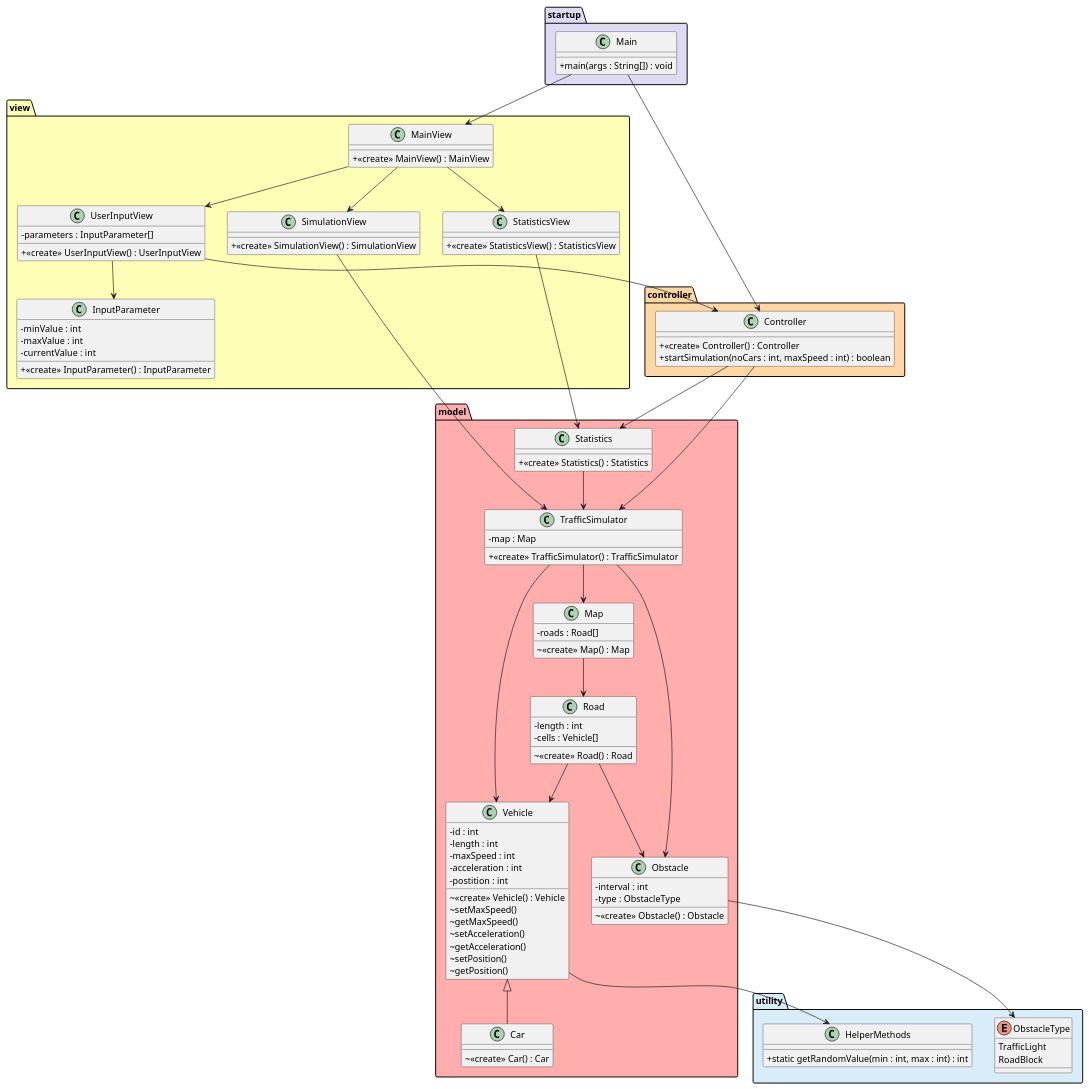
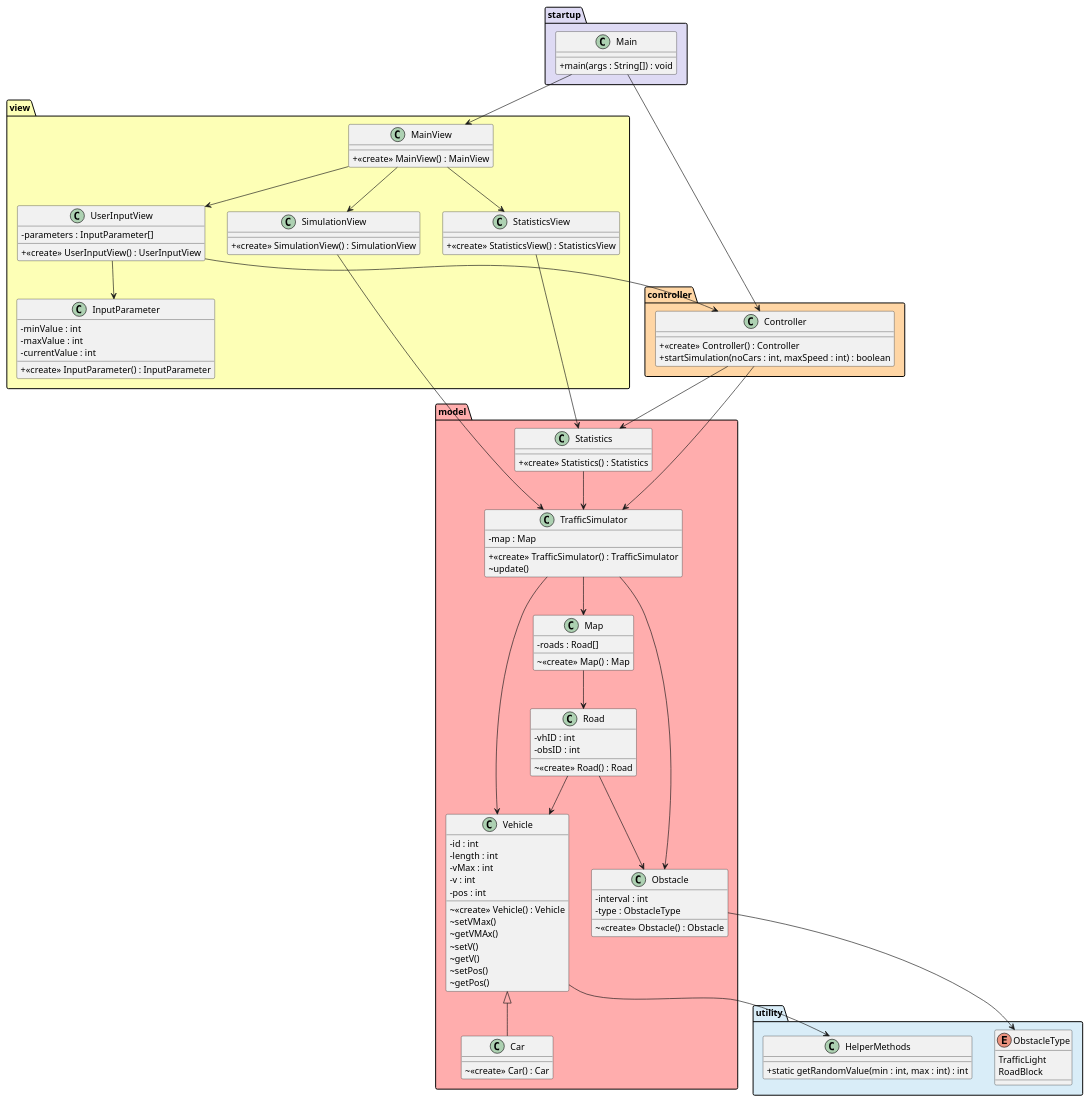
Before and after one commit to holmgren23/traffic-simulator: the diagram in class-diagram.puml, drawn with PlantUML.

Commit message:
Changed vheicle attribute names

```diff
--- a/class-diagram.puml
+++ b/class-diagram.puml
@@ -1,148 +1,149 @@
 @startuml TrafficSimulator
 skinparam classAttributeIconSize 0
 
 /'colors
 #FFADAD
 #FFD6A5
 #FDFFB6
 #E4F1EE
 #D9EDF8
 #DEDAF4'/
 
 package model #FFADAD {
   class TrafficSimulator {
   - map : Map
   + <<create>> TrafficSimulator() : TrafficSimulator
+  ~ update() 
   }
 
   class Vehicle {
     - id : int
     - length : int
-    - maxSpeed : int
-    - acceleration : int
-    - postition : int
+    - vMax : int
+    - v : int
+    - pos : int
     ~ <<create>> Vehicle() : Vehicle
-    ~ setMaxSpeed()
-    ~ getMaxSpeed()
-    ~ setAcceleration()
-    ~ getAcceleration()
-    ~ setPosition()
-    ~ getPosition()
+    ~ setVMax()
+    ~ getVMAx()
+    ~ setV()
+    ~ getV()
+    ~ setPos()
+    ~ getPos()
 
 
   }
 
   class Car {
     ~ <<create>> Car() : Car
   }
 
   class Map {
     - roads : Road[]
     ~ <<create>> Map() : Map
   }
 
   class Road {
-    - length : int
-    - cells : Vehicle[]
+    - vhID : int
+    - obsID : int
     ~ <<create>> Road() : Road
   }
 
   class Obstacle {
     - interval : int
     - type : ObstacleType
     ~ <<create>> Obstacle() : Obstacle
   }
 
   class Statistics {
     + <<create>> Statistics() : Statistics
   }
 
   TrafficSimulator --> Map
   TrafficSimulator --> Vehicle
   TrafficSimulator --> Obstacle
   Map --> Road
   Road --> Obstacle
   Road --> Vehicle
   Vehicle <|-- Car
   Statistics --> TrafficSimulator
 }
 
 package controller #FFD6A5 {
   class Controller {
     + <<create>> Controller() : Controller
     + startSimulation(noCars : int, maxSpeed : int) : boolean
   }
 
   Controller --> Statistics
   Controller --> TrafficSimulator
 }
 
 package view #FDFFB6 {
   class MainView {
     + <<create>> MainView() : MainView
   }
   class UserInputView {
     - parameters : InputParameter[]
     + <<create>> UserInputView() : UserInputView
   }
 
   class InputParameter {
     - minValue : int
     - maxValue : int
     - currentValue : int 
     + <<create>> InputParameter() : InputParameter
   }
 
   class StatisticsView {
     + <<create>> StatisticsView() : StatisticsView
   }
 
   class SimulationView {
     + <<create>> SimulationView() : SimulationView
   }
 
   MainView --> UserInputView
   MainView --> StatisticsView
   MainView --> SimulationView
   UserInputView --> InputParameter
   
   UserInputView --> Controller
   StatisticsView --> Statistics
   SimulationView --> TrafficSimulator
 }
 
 package utility #D9EDF8 {
   enum ObstacleType {
     TrafficLight
     RoadBlock
   }
 
   class HelperMethods {
     + static getRandomValue(min : int, max : int) : int
   }
 
 
   Obstacle --> ObstacleType
   Vehicle --> HelperMethods
 }
 
 package startup #DEDAF4 {
   class Main {
   + main(args : String[]) : void
 }
   Main --> Controller
   Main --> MainView
 }
 
 /'startup'/
 
 
 /'model'/
 
 /'utility'/
 
 
 
 /'view'
 
 @enduml
```
